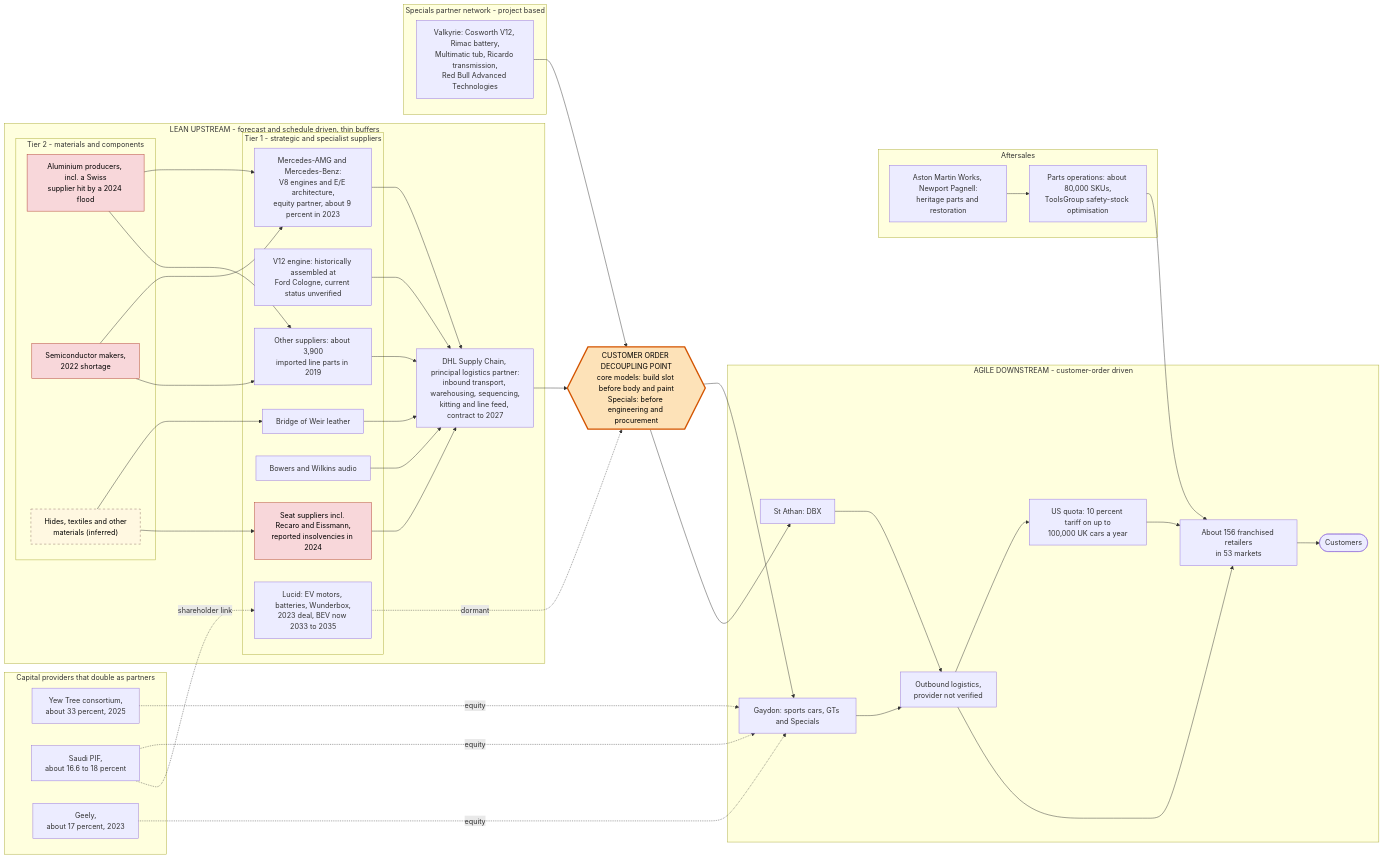
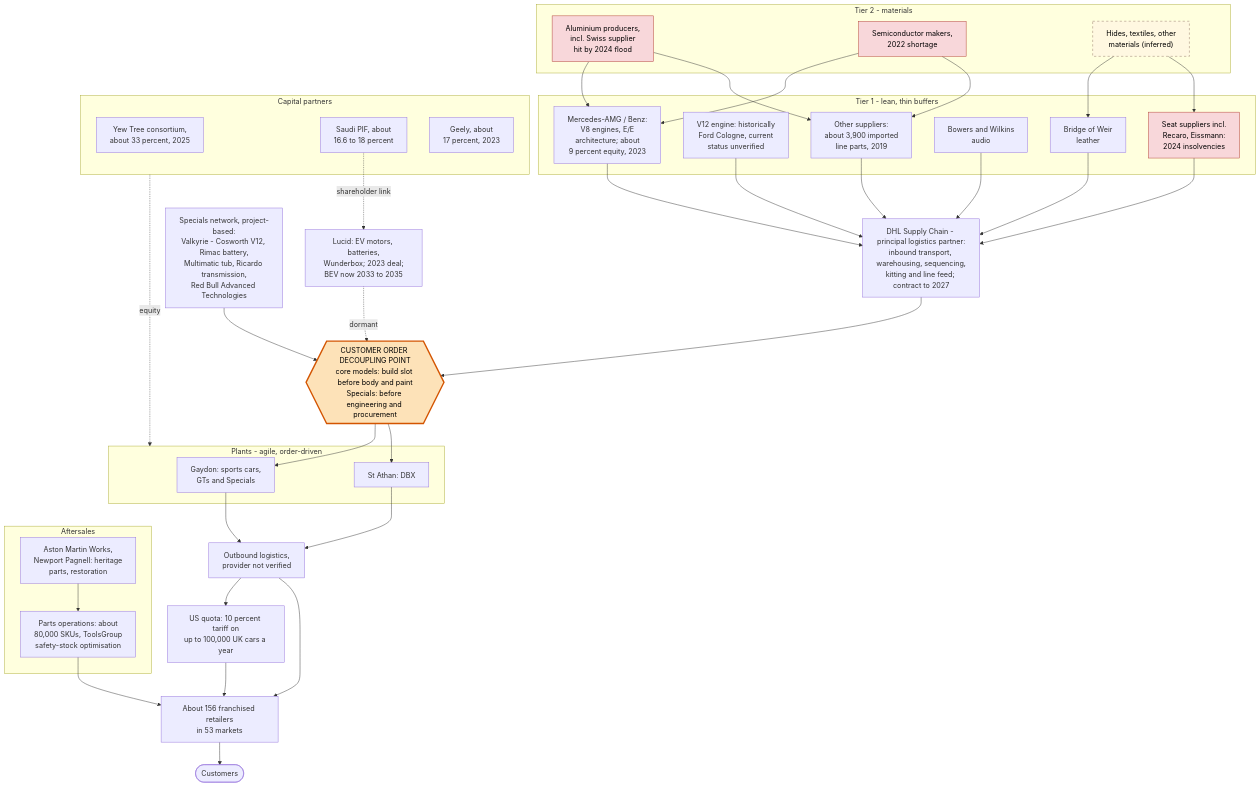
The diagram in reports/diagrams/fig4_supply_chain_map.mmd (2delab/Sand-box), drawn with Mermaid before and after one commit. The commit also changed 16 other files, not shown here.

First line of the commit message:
Add Word version of the Aston Martin report; lay out diagrams for print

```diff
--- a/reports/diagrams/fig4_supply_chain_map.mmd
+++ b/reports/diagrams/fig4_supply_chain_map.mmd
@@ -1,81 +1,78 @@
-flowchart LR
-    subgraph CAP["Capital providers that double as partners"]
-        K1["Yew Tree consortium,<br/>about 33 percent, 2025"]
-        K2["Saudi PIF,<br/>about 16.6 to 18 percent"]
-        K3["Geely,<br/>about 17 percent, 2023"]
+flowchart TB
+    subgraph TIER2["Tier 2 - materials"]
+        T21["Aluminium producers,<br/>incl. Swiss supplier<br/>hit by 2024 flood"]
+        T22["Semiconductor makers,<br/>2022 shortage"]
+        T23["Hides, textiles, other<br/>materials (inferred)"]
     end
 
-    subgraph UP["LEAN UPSTREAM - forecast and schedule driven, thin buffers"]
-        subgraph TIER2["Tier 2 - materials and components"]
-            T21["Aluminium producers, incl. a Swiss<br/>supplier hit by a 2024 flood"]
-            T22["Semiconductor makers,<br/>2022 shortage"]
-            T23["Hides, textiles and other<br/>materials (inferred)"]
-        end
-        subgraph TIER1["Tier 1 - strategic and specialist suppliers"]
-            M1["Mercedes-AMG and Mercedes-Benz:<br/>V8 engines and E/E architecture,<br/>equity partner, about 9 percent in 2023"]
-            V12["V12 engine: historically assembled at<br/>Ford Cologne, current status unverified"]
-            LU["Lucid: EV motors, batteries, Wunderbox,<br/>2023 deal, BEV now 2033 to 2035"]
-            BWL["Bridge of Weir leather"]
-            BWA["Bowers and Wilkins audio"]
-            SEAT["Seat suppliers incl. Recaro and Eissmann,<br/>reported insolvencies in 2024"]
-            OTH["Other suppliers: about 3,900<br/>imported line parts in 2019"]
-        end
-        DHL["DHL Supply Chain, principal logistics partner:<br/>inbound transport, warehousing, sequencing,<br/>kitting and line feed, contract to 2027"]
+    subgraph TIER1["Tier 1 - lean, thin buffers"]
+        M1["Mercedes-AMG / Benz:<br/>V8 engines, E/E<br/>architecture; about<br/>9 percent equity, 2023"]
+        V12["V12 engine: historically<br/>Ford Cologne, current<br/>status unverified"]
+        BWL["Bridge of Weir<br/>leather"]
+        BWA["Bowers and Wilkins<br/>audio"]
+        SEAT["Seat suppliers incl.<br/>Recaro, Eissmann:<br/>2024 insolvencies"]
+        OTH["Other suppliers:<br/>about 3,900 imported<br/>line parts, 2019"]
     end
 
-    subgraph SPEC["Specials partner network - project based"]
-        SP1["Valkyrie: Cosworth V12, Rimac battery,<br/>Multimatic tub, Ricardo transmission,<br/>Red Bull Advanced Technologies"]
-    end
+    DHL["DHL Supply Chain - principal logistics partner:<br/>inbound transport, warehousing, sequencing,<br/>kitting and line feed; contract to 2027"]
+
+    SP1["Specials network, project-based:<br/>Valkyrie - Cosworth V12, Rimac battery,<br/>Multimatic tub, Ricardo transmission,<br/>Red Bull Advanced Technologies"]
+    LU["Lucid: EV motors, batteries,<br/>Wunderbox; 2023 deal;<br/>BEV now 2033 to 2035"]
 
     CODP{{"CUSTOMER ORDER DECOUPLING POINT<br/>core models: build slot before body and paint<br/>Specials: before engineering and procurement"}}
 
-    subgraph DOWN["AGILE DOWNSTREAM - customer-order driven"]
-        G["Gaydon: sports cars, GTs and Specials"]
+    subgraph PLANTS["Plants - agile, order-driven"]
+        G["Gaydon: sports cars,<br/>GTs and Specials"]
         SA["St Athan: DBX"]
-        OUTL["Outbound logistics,<br/>provider not verified"]
-        QUOTA["US quota: 10 percent tariff on up to<br/>100,000 UK cars a year"]
-        DLR["About 156 franchised retailers<br/>in 53 markets"]
-        CUS(["Customers"])
     end
 
+    subgraph CAP["Capital partners"]
+        K1["Yew Tree consortium,<br/>about 33 percent, 2025"]
+        K2["Saudi PIF, about<br/>16.6 to 18 percent"]
+        K3["Geely, about<br/>17 percent, 2023"]
+    end
+
+    OUTL["Outbound logistics,<br/>provider not verified"]
+    QUOTA["US quota: 10 percent tariff on<br/>up to 100,000 UK cars a year"]
+    DLR["About 156 franchised retailers<br/>in 53 markets"]
+    CUS(["Customers"])
+
     subgraph AFTER["Aftersales"]
-        PO["Parts operations: about 80,000 SKUs,<br/>ToolsGroup safety-stock optimisation"]
-        NP["Aston Martin Works, Newport Pagnell:<br/>heritage parts and restoration"]
+        PO["Parts operations: about<br/>80,000 SKUs, ToolsGroup<br/>safety-stock optimisation"]
+        NP["Aston Martin Works,<br/>Newport Pagnell: heritage<br/>parts, restoration"]
     end
 
     T21 --> M1
     T21 --> OTH
     T22 --> M1
     T22 --> OTH
     T23 --> BWL
     T23 --> SEAT
     M1 --> DHL
     V12 --> DHL
     BWL --> DHL
     BWA --> DHL
     SEAT --> DHL
     OTH --> DHL
     DHL --> CODP
     SP1 --> CODP
     LU -.->|dormant| CODP
     CODP --> G
     CODP --> SA
+    CAP -.->|equity| PLANTS
+    K2 -.->|shareholder link| LU
     G --> OUTL
     SA --> OUTL
     OUTL --> QUOTA
     QUOTA --> DLR
     OUTL --> DLR
     DLR --> CUS
+    NP --> PO
     PO --> DLR
-    NP --> PO
-    K1 -.->|equity| G
-    K2 -.->|equity| G
-    K3 -.->|equity| G
-    K2 -.->|shareholder link| LU
 
     classDef codp fill:#fde2b8,stroke:#d35400,stroke-width:3px,color:#000
     classDef risk fill:#f8d7da,stroke:#b03a2e,color:#000
     classDef inferred fill:#fff8e1,stroke:#8d6e63,stroke-dasharray:5 5,color:#000
     class CODP codp
     class T21,T22,SEAT risk
     class T23 inferred
```
